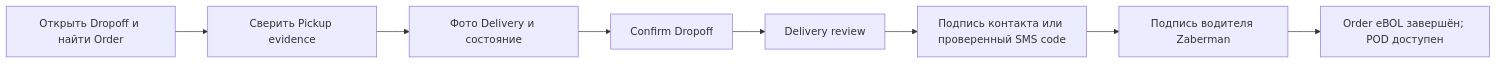
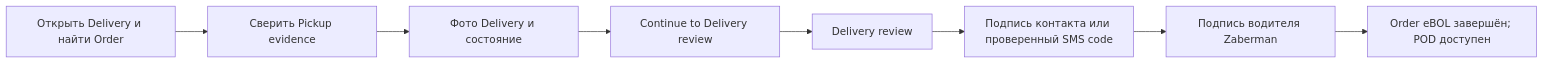
Before and after one commit to yarsuleimenov-code/Mobile_app: the third of 4 diagrams in docs/mobile-app/ru/business-overview.md, drawn with Mermaid. The commit also changed other lines of this file and 42 other files, not shown here.

Commit message:
Improve Pickup and Delivery order details

````diff
--- a/docs/mobile-app/ru/business-overview.md
+++ b/docs/mobile-app/ru/business-overview.md
@@ -75,10 +75,10 @@
 ```mermaid
 flowchart LR
-  A["Открыть Dropoff и найти Order"] --> B["Сверить Pickup evidence"]
+  A["Открыть Delivery и найти Order"] --> B["Сверить Pickup evidence"]
   B --> C["Фото Delivery и состояние"]
-  C --> D["Confirm Dropoff"]
+  C --> D["Continue to Delivery review"]
   D --> E["Delivery review"]
   E --> F["Подпись контакта или проверенный SMS code"]
   F --> G["Подпись водителя Zaberman"]
   G --> H["Order eBOL завершён; POD доступен"]
 ```
````
